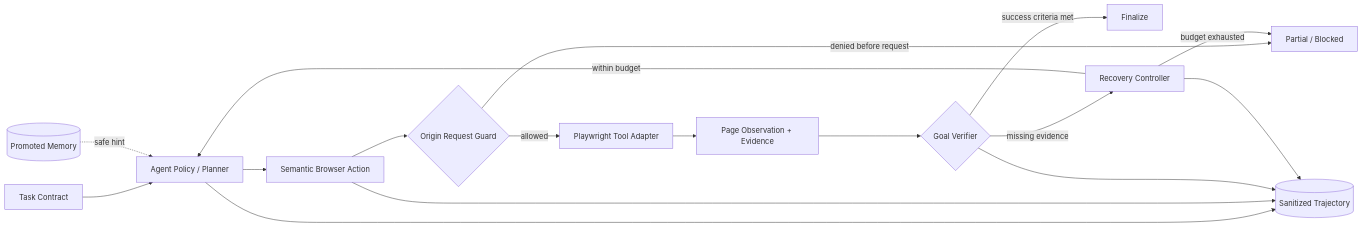
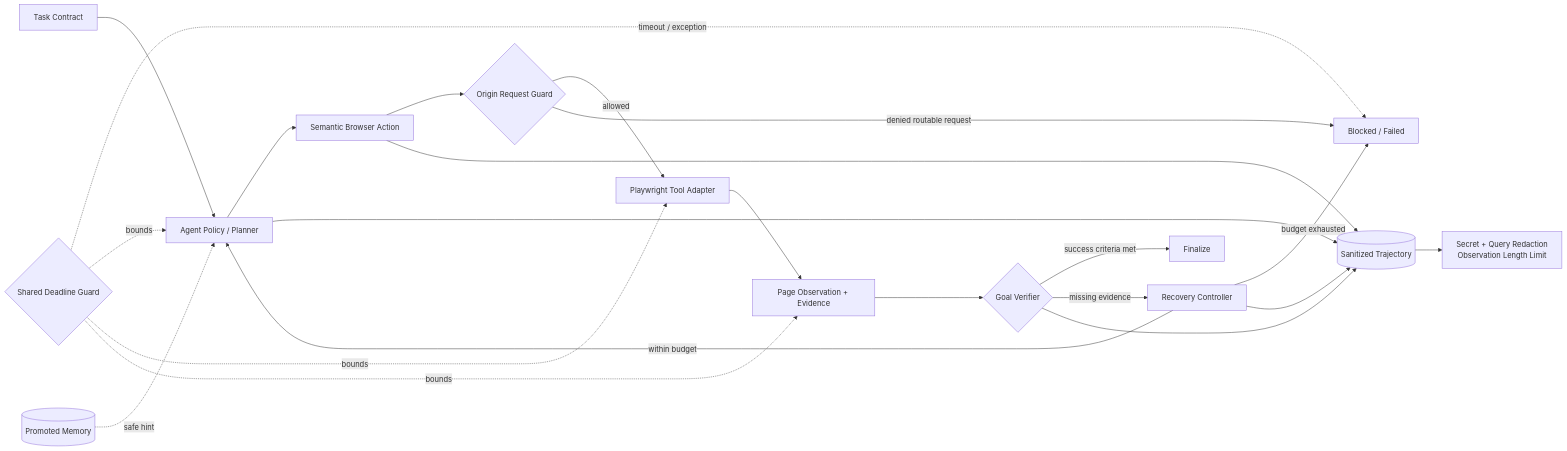
Before and after one commit to wkaixuan677-arch/browser-agent-runtime-lite: the first of 2 diagrams in docs/ARCHITECTURE.md, drawn with Mermaid. The commit also changed other lines of this file and 18 other files, not shown here.

````diff
--- a/docs/ARCHITECTURE.md
+++ b/docs/ARCHITECTURE.md
@@ -3,19 +3,24 @@
 ```mermaid
 flowchart LR
     U[Task Contract] --> P[Agent Policy / Planner]
+    D{Shared Deadline Guard} -. timeout / exception .-> X[Failed / Blocked]
+    D -. bounds .-> P
+    D -. bounds .-> B
+    D -. bounds .-> O
     P --> A[Semantic Browser Action]
     A --> G{Origin Request Guard}
     G -->|allowed| B[Playwright Tool Adapter]
-    G -->|denied before request| X[Blocked]
+    G -->|denied routable request| X[Blocked]
     B --> O[Page Observation + Evidence]
     O --> V{Goal Verifier}
     V -->|success criteria met| F[Finalize]
     V -->|missing evidence| R[Recovery Controller]
     R -->|within budget| P
-    R -->|budget exhausted| X[Partial / Blocked]
+    R -->|budget exhausted| X[Blocked / Failed]
     M[(Promoted Memory)] -. safe hint .-> P
     P --> T[(Sanitized Trajectory)]
     A --> T
     V --> T
     R --> T
+    T --> S[Secret + Query Redaction<br/>Observation Length Limit]
 ```
````
